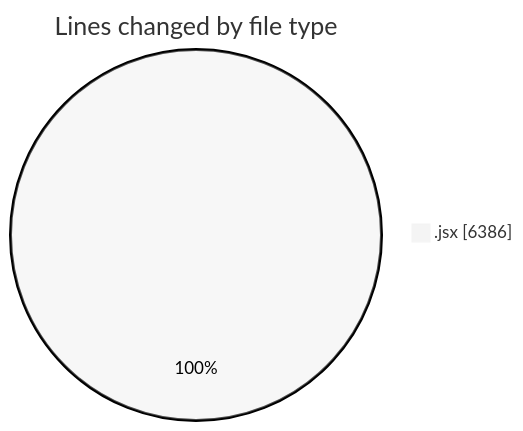
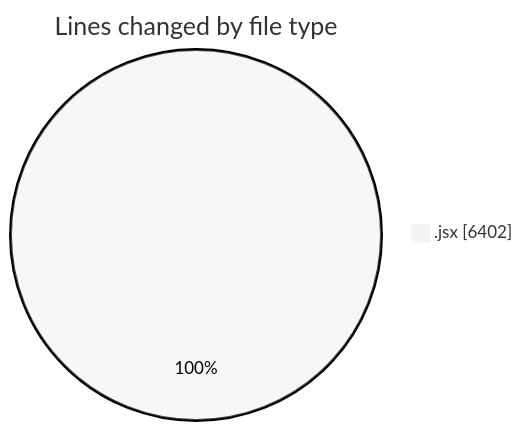
Before and after one commit to nxtqubesakshisongat/code-tracking: the first of 2 diagrams in 2025-05-05/nxtqube_webapp/README.md, drawn with Mermaid (neutral theme). The commit also changed other lines of this file and 1 other file, not shown here.

````diff
--- a/2025-05-05/nxtqube_webapp/README.md
+++ b/2025-05-05/nxtqube_webapp/README.md
@@ -24,5 +24,5 @@
 ```mermaid
 pie showData
 title Lines changed by file type
-".jsx" : 6386
+".jsx" : 6402
 ```
````
